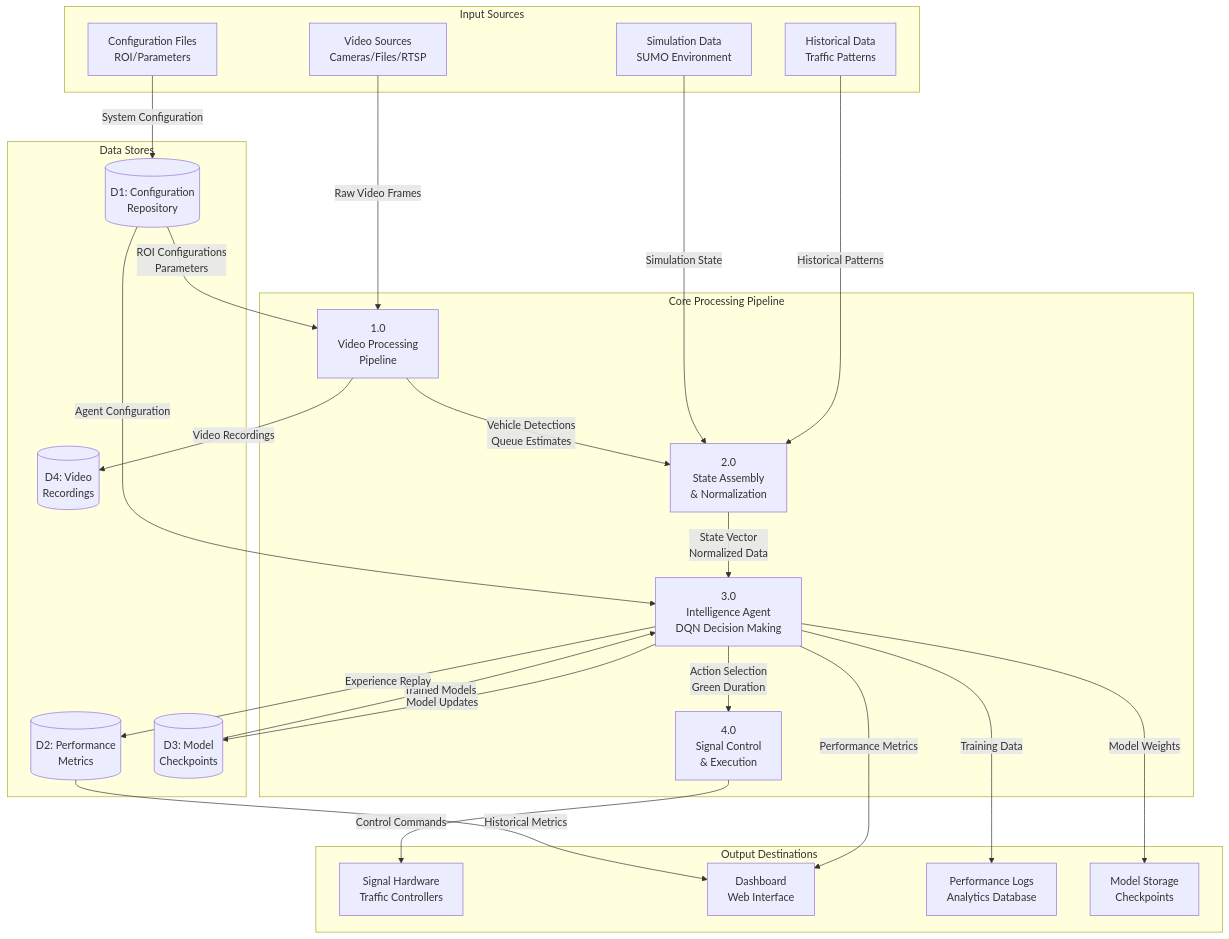
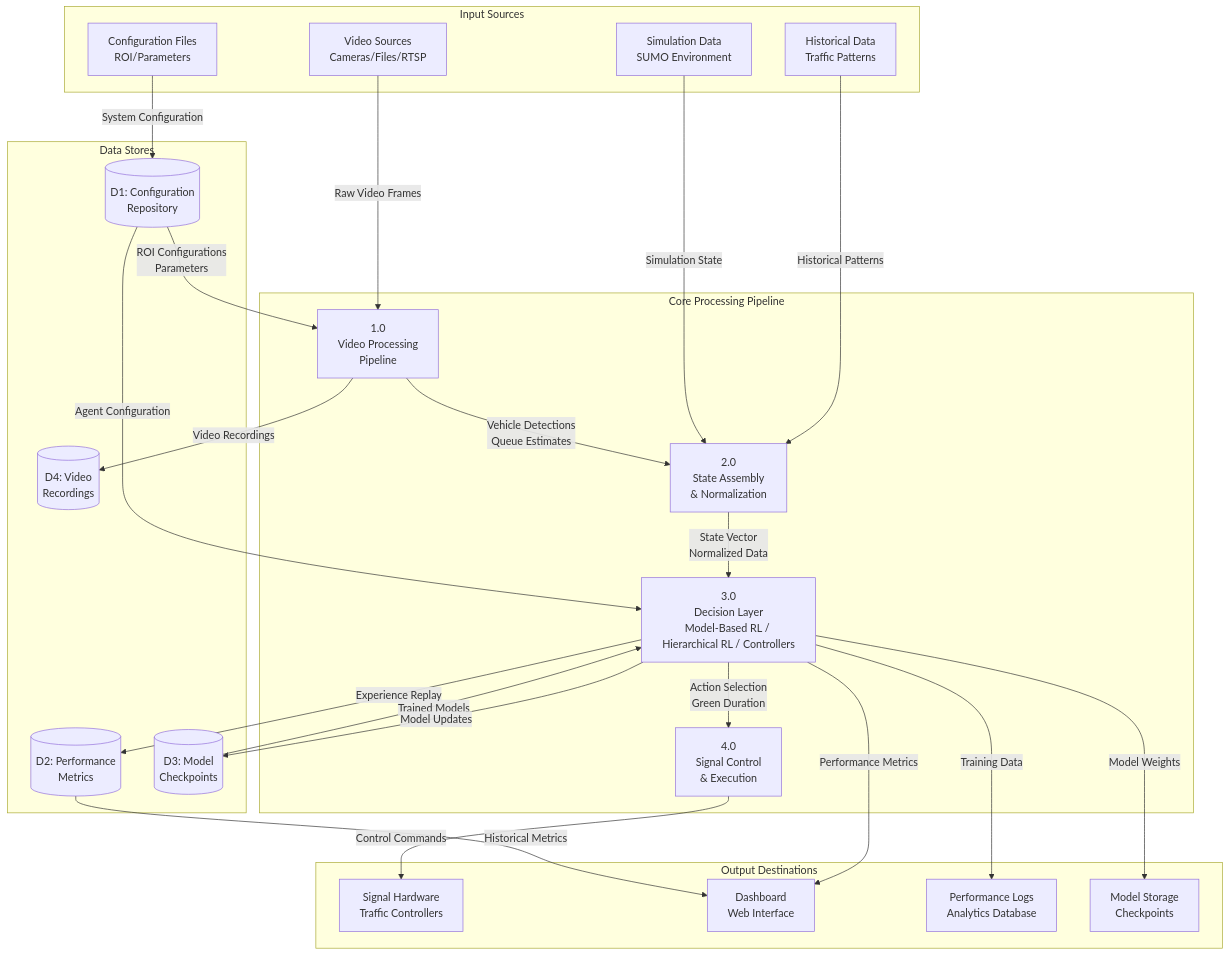
The second of 12 diagrams in data_flow_diagram.md (Bobbymkr/Projects), drawn with Mermaid before and after one commit. The commit also changed other lines of this file and 16 other files, not shown here.

````diff
--- a/data_flow_diagram.md
+++ b/data_flow_diagram.md
@@ -36,57 +36,57 @@
 ```mermaid
 graph TB
     subgraph "Input Sources"
         VS[Video Sources<br/>Cameras/Files/RTSP]
         HD[Historical Data<br/>Traffic Patterns]
         CF[Configuration Files<br/>ROI/Parameters]
         SD[Simulation Data<br/>SUMO Environment]
     end
     
     subgraph "Core Processing Pipeline"
         VP[1.0<br/>Video Processing<br/>Pipeline]
         SA[2.0<br/>State Assembly<br/>& Normalization]
-        IA[3.0<br/>Intelligence Agent<br/>DQN Decision Making]
+        IA[3.0<br/>Decision Layer<br/>Model-Based RL / Hierarchical RL / Controllers]
         SC[4.0<br/>Signal Control<br/>& Execution]
     end
     
     subgraph "Output Destinations"
         SH[Signal Hardware<br/>Traffic Controllers]
         DB[Dashboard<br/>Web Interface]
         PL[Performance Logs<br/>Analytics Database]
         MS[Model Storage<br/>Checkpoints]
     end
     
     subgraph "Data Stores"
         DS1[(D1: Configuration<br/>Repository)]
         DS2[(D2: Performance<br/>Metrics)]
         DS3[(D3: Model<br/>Checkpoints)]
         DS4[(D4: Video<br/>Recordings)]
     end
     
     %% Input flows
     VS -->|Raw Video Frames| VP
     HD -->|Historical Patterns| SA
     CF -->|System Configuration| DS1
     SD -->|Simulation State| SA
     
     %% Processing flows
     VP -->|Vehicle Detections<br/>Queue Estimates| SA
     SA -->|State Vector<br/>Normalized Data| IA
     IA -->|Action Selection<br/>Green Duration| SC
     
     %% Output flows
     SC -->|Control Commands| SH
     IA -->|Performance Metrics| DB
     IA -->|Training Data| PL
     IA -->|Model Weights| MS
     VP -->|Video Recordings| DS4
     
     %% Data store interactions
     DS1 -->|ROI Configurations<br/>Parameters| VP
     DS1 -->|Agent Configuration| IA
     DS2 -->|Historical Metrics| DB
     DS3 -->|Trained Models| IA
     
     IA -->|Experience Replay| DS2
     IA -->|Model Updates| DS3
 ```
````
